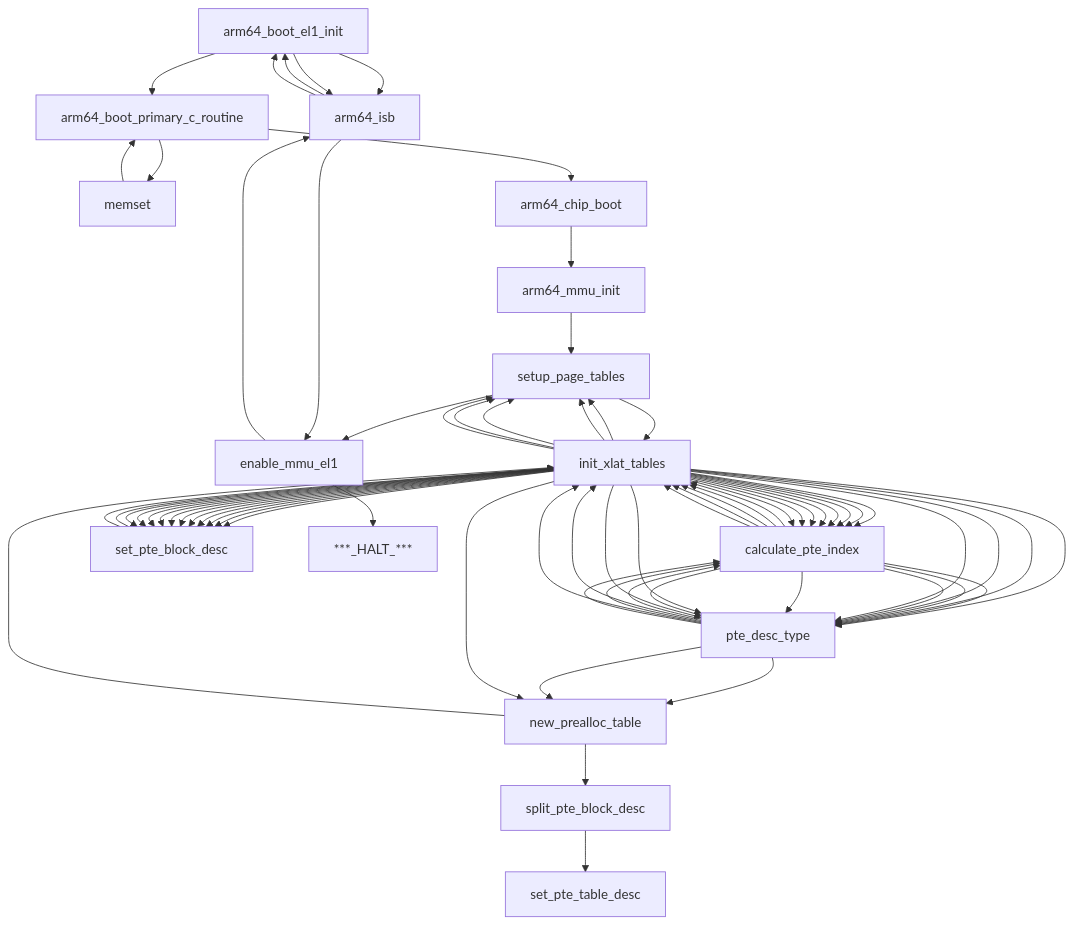
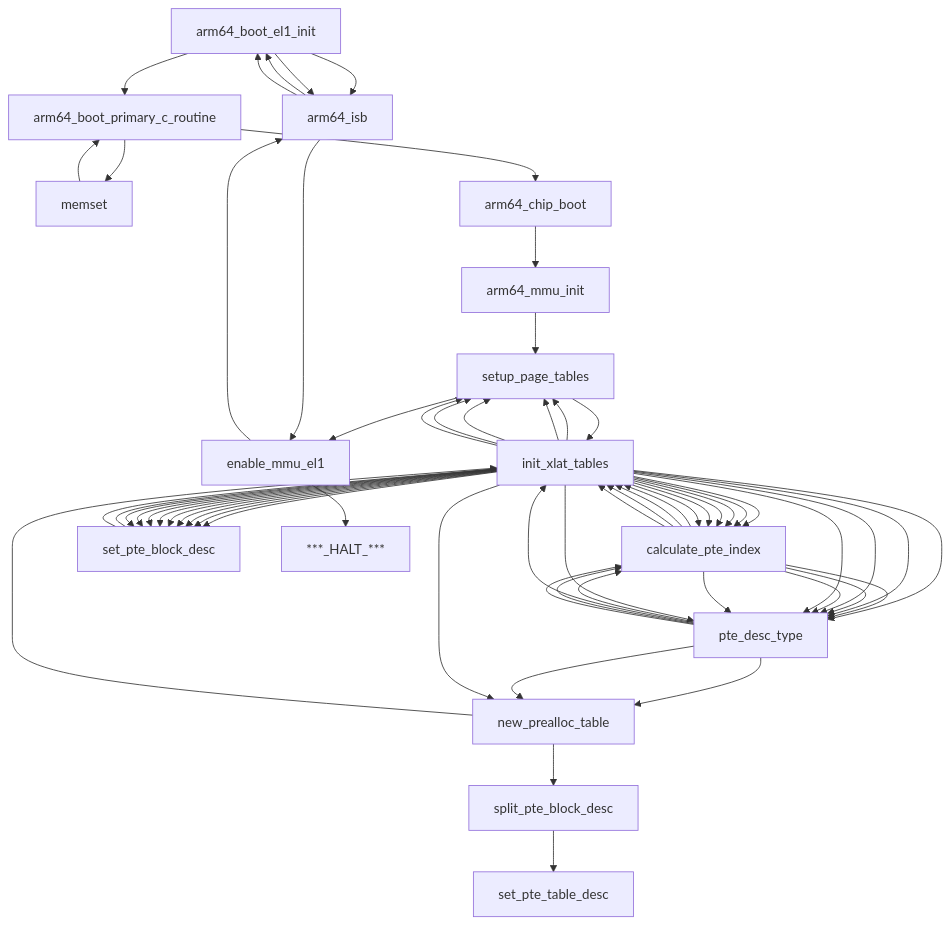
Before and after one commit to lupyuen/pinephone-emulator: the diagram in README.md, drawn with Mermaid. The commit also changed 1 other file, not shown here.

````diff
--- a/README.md
+++ b/README.md
@@ -703,72 +703,64 @@
 ```mermaid
   flowchart TD
   arm64_boot_el1_init --> arm64_isb
   arm64_isb --> arm64_boot_el1_init
   arm64_boot_el1_init --> arm64_isb
   arm64_isb --> arm64_boot_el1_init
   arm64_boot_el1_init --> arm64_boot_primary_c_routine
   arm64_boot_primary_c_routine --> memset
   memset --> arm64_boot_primary_c_routine
   arm64_boot_primary_c_routine --> arm64_chip_boot
   arm64_chip_boot --> arm64_mmu_init
   arm64_mmu_init --> setup_page_tables
   setup_page_tables --> init_xlat_tables
   init_xlat_tables --> calculate_pte_index
   calculate_pte_index --> init_xlat_tables
   init_xlat_tables --> pte_desc_type
   pte_desc_type --> new_prealloc_table
   new_prealloc_table --> init_xlat_tables
   init_xlat_tables --> calculate_pte_index
   calculate_pte_index --> pte_desc_type
   pte_desc_type --> calculate_pte_index
   calculate_pte_index --> init_xlat_tables
   init_xlat_tables --> set_pte_block_desc
   set_pte_block_desc --> init_xlat_tables
   init_xlat_tables --> calculate_pte_index
   calculate_pte_index --> init_xlat_tables
   init_xlat_tables --> pte_desc_type
   pte_desc_type --> init_xlat_tables
   init_xlat_tables --> calculate_pte_index
   calculate_pte_index --> pte_desc_type
   pte_desc_type --> calculate_pte_index
   calculate_pte_index --> init_xlat_tables
   init_xlat_tables --> set_pte_block_desc
   set_pte_block_desc --> init_xlat_tables
   init_xlat_tables --> calculate_pte_index
-  calculate_pte_index --> init_xlat_tables
   init_xlat_tables --> pte_desc_type
-  pte_desc_type --> init_xlat_tables
   init_xlat_tables --> calculate_pte_index
   calculate_pte_index --> pte_desc_type
   pte_desc_type --> calculate_pte_index
-  init_xlat_tables --> set_pte_block_desc
-  init_xlat_tables --> calculate_pte_index
-  init_xlat_tables --> pte_desc_type
-  init_xlat_tables --> calculate_pte_index
-  calculate_pte_index --> pte_desc_type
   init_xlat_tables --> set_pte_block_desc
   init_xlat_tables --> pte_desc_type
   calculate_pte_index --> pte_desc_type
   init_xlat_tables --> set_pte_block_desc
   init_xlat_tables --> pte_desc_type
-  init_xlat_tables --> set_pte_block_desc
   init_xlat_tables --> set_pte_block_desc
   init_xlat_tables --> set_pte_block_desc
   init_xlat_tables --> set_pte_block_desc
   init_xlat_tables --> set_pte_block_desc
   init_xlat_tables --> set_pte_block_desc
   init_xlat_tables --> setup_page_tables
   pte_desc_type --> new_prealloc_table
   init_xlat_tables --> setup_page_tables
   init_xlat_tables --> new_prealloc_table
   new_prealloc_table --> split_pte_block_desc
   split_pte_block_desc --> set_pte_table_desc
   init_xlat_tables --> setup_page_tables
   init_xlat_tables --> setup_page_tables
   init_xlat_tables --> setup_page_tables
   setup_page_tables --> enable_mmu_el1
   enable_mmu_el1 --> arm64_isb
   arm64_isb --> enable_mmu_el1
   enable_mmu_el1 --> ***_HALT_***
   click arm64_isb href "https://www.github.com" "This is a tooltip for a link"
 ```
````
